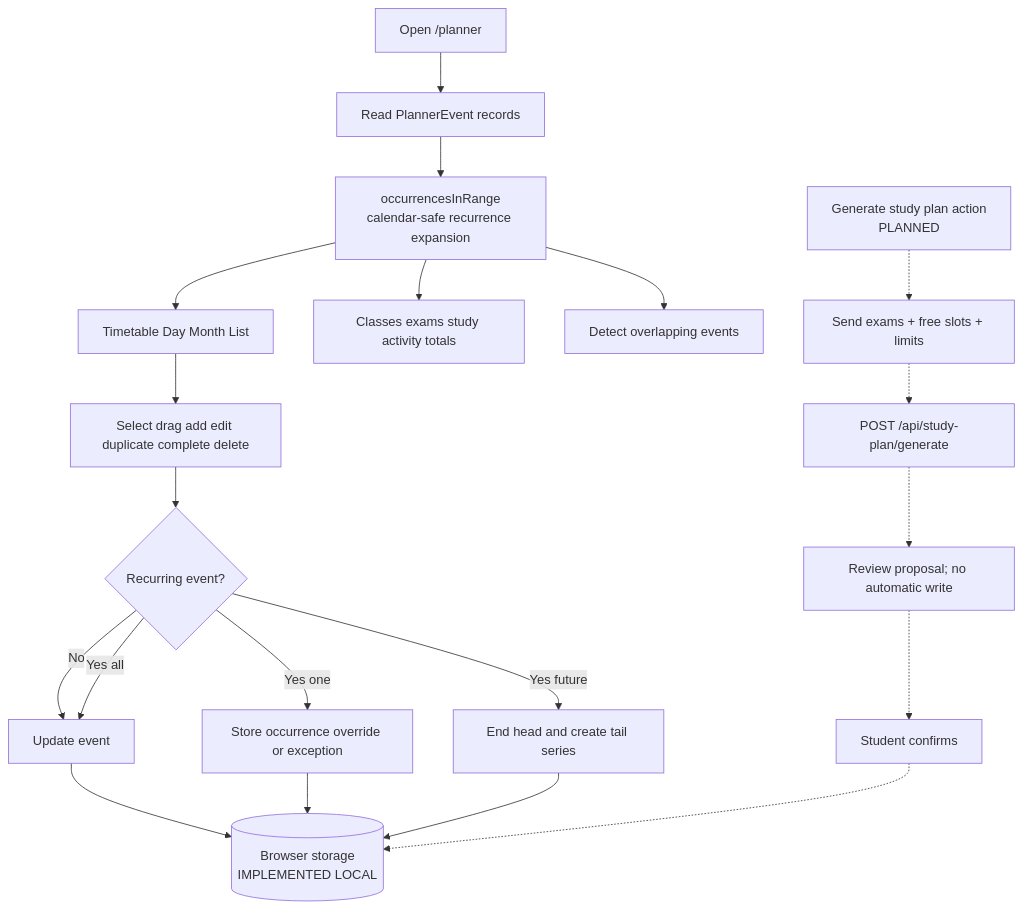
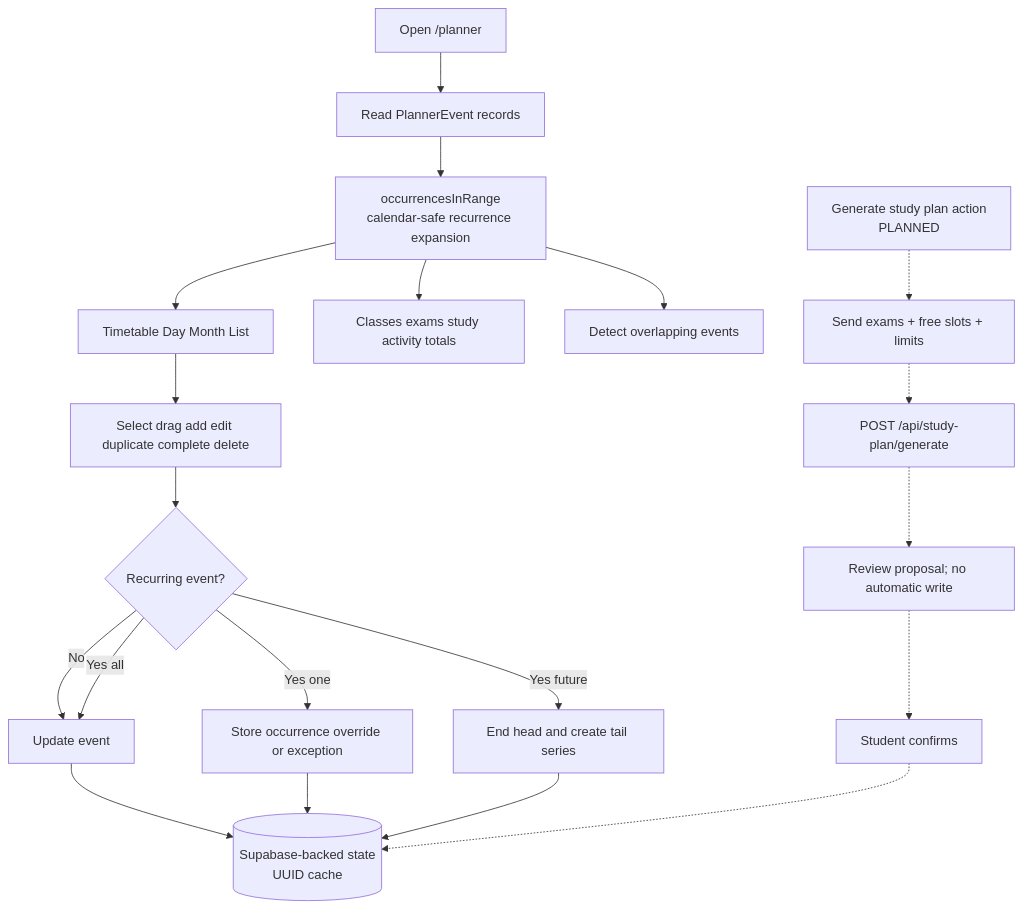
Before and after one commit to keyshavmor/study-swiss-star: the diagram in docs/wireframes/10-planner.mmd, drawn with Mermaid. The commit also changed 118 other files, not shown here.

```diff
--- a/docs/wireframes/10-planner.mmd
+++ b/docs/wireframes/10-planner.mmd
@@ -1,20 +1,20 @@
 flowchart TD
   Open[Open /planner] --> Events[Read PlannerEvent records]
   Events --> Expand[occurrencesInRange\ncalendar-safe recurrence expansion]
   Expand --> Views[Timetable Day Month List]
   Expand --> Totals[Classes exams study activity totals]
   Expand --> Conflict[Detect overlapping events]
   Views --> Interact[Select drag add edit duplicate complete delete]
   Interact --> Scope{Recurring event?}
   Scope -->|No| Series[Update event]
   Scope -->|Yes one| Override[Store occurrence override or exception]
   Scope -->|Yes future| Split[End head and create tail series]
   Scope -->|Yes all| Series
-  Series --> Store[(Browser storage\nIMPLEMENTED LOCAL)]
+  Series --> Store[(Supabase-backed state\nUUID cache)]
   Override --> Store
   Split --> Store
   Generate[Generate study plan action\nPLANNED] -.-> Context[Send exams + free slots + limits]
   Context -.-> Python[POST /api/study-plan/generate]
   Python -.-> Review[Review proposal; no automatic write]
   Review -.-> Confirm[Student confirms]
   Confirm -.-> Store
```
